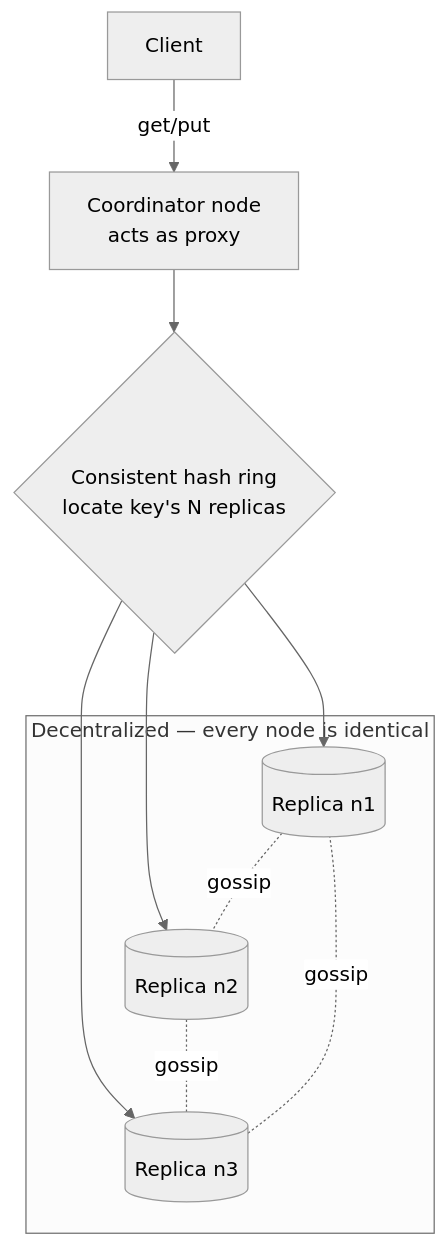
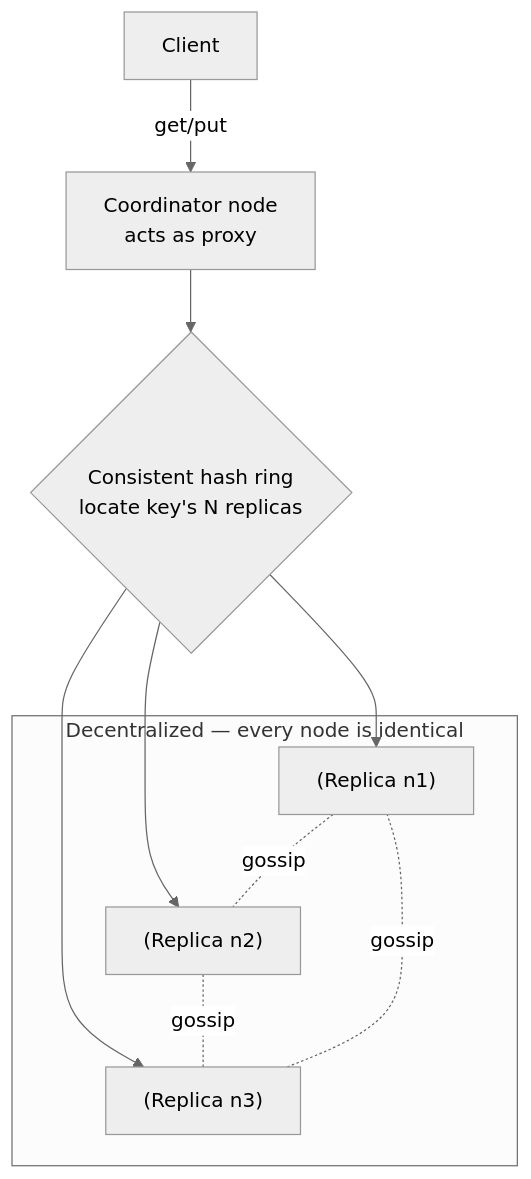
The first of 8 diagrams in files/System-Design-Questions/19-key_value_store_system_design.md (pankajThakur1874/studysheet), drawn with Mermaid (neutral theme) before and after one commit. The commit also changed other lines of this file and 102 other files, not shown here.

Commit message:
Auto-fix Mermaid diagram syntax across all study guides to prevent Syntax Error in Mermaid v10

````diff
--- a/files/System-Design-Questions/19-key_value_store_system_design.md
+++ b/files/System-Design-Questions/19-key_value_store_system_design.md
@@ -130,14 +130,14 @@
 ```mermaid
 flowchart TD
-    Client -->|get/put| Coord[Coordinator node<br/>acts as proxy]
-    Coord --> Ring{Consistent hash ring<br/>locate key's N replicas}
-    Ring --> N1[(Replica n1)]
-    Ring --> N2[(Replica n2)]
-    Ring --> N3[(Replica n3)]
+    Client -->|get/put| Coord["Coordinator node<br/>acts as proxy"]
+    Coord --> Ring{"Consistent hash ring<br/>locate key's N replicas"}
+    Ring --> N1["(Replica n1)"]
+    Ring --> N2["(Replica n2)"]
+    Ring --> N3["(Replica n3)"]
 
     subgraph Cluster [Decentralized — every node is identical]
       N1 -. gossip .- N2
       N2 -. gossip .- N3
       N3 -. gossip .- N1
     end
 ```
````
